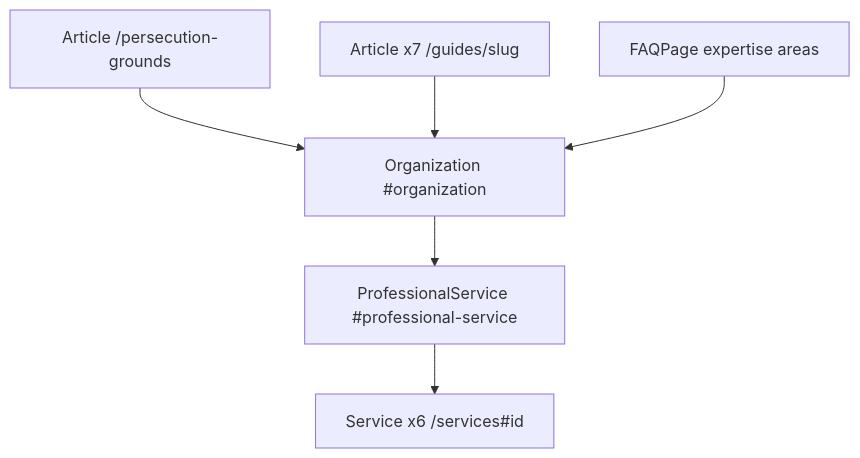
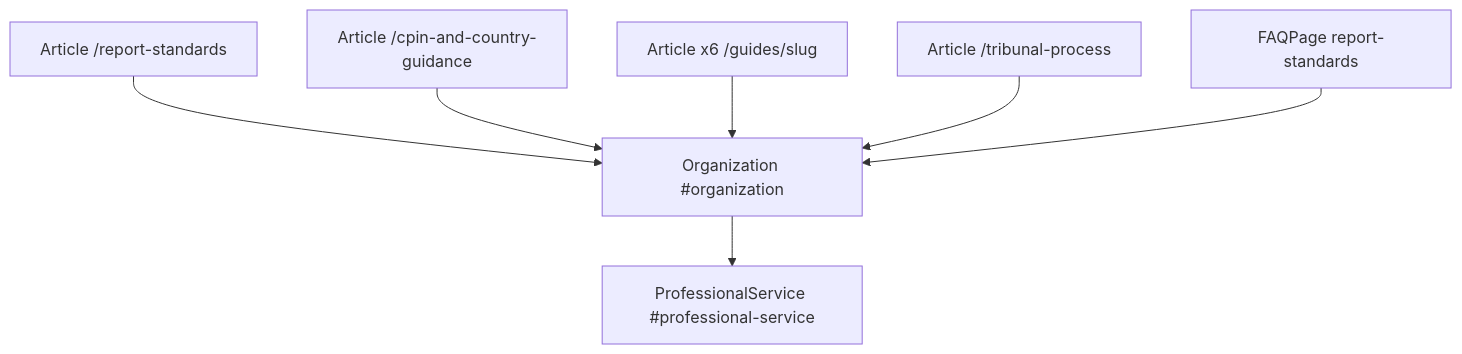
One commit to hh12345-lion/immigration-expert-reports changed the third of 3 diagrams in docs/SEO-ARCHITECTURE.md. Above: the diagram before and after it, drawn with Mermaid. The commit also changed other lines of this file and 15 other files, not shown here.

First line of the commit message:
Clarify UK-only scope, update contact email, and complete SEO architecture.

````diff
--- a/docs/SEO-ARCHITECTURE.md
+++ b/docs/SEO-ARCHITECTURE.md
@@ -666,14 +542,16 @@
 ```mermaid
 flowchart TB
   Org["Organization #organization"]
   Home["ProfessionalService #professional-service"]
-  Svc["Service x6 /services#id"]
-  ArtGrounds["Article /persecution-grounds"]
-  ArtGuide["Article x7 /guides/slug"]
-  FAQ["FAQPage expertise areas"]
+  ArtStandards["Article /report-standards"]
+  ArtCPIN["Article /cpin-and-country-guidance"]
+  ArtGuide["Article x6 /guides/slug"]
+  ArtTribunal["Article /tribunal-process"]
+  FAQ["FAQPage report-standards"]
   Org --> Home
-  Home --> Svc
-  ArtGrounds --> Org
+  ArtStandards --> Org
+  ArtCPIN --> Org
   ArtGuide --> Org
+  ArtTribunal --> Org
   FAQ --> Org
 ```
````
